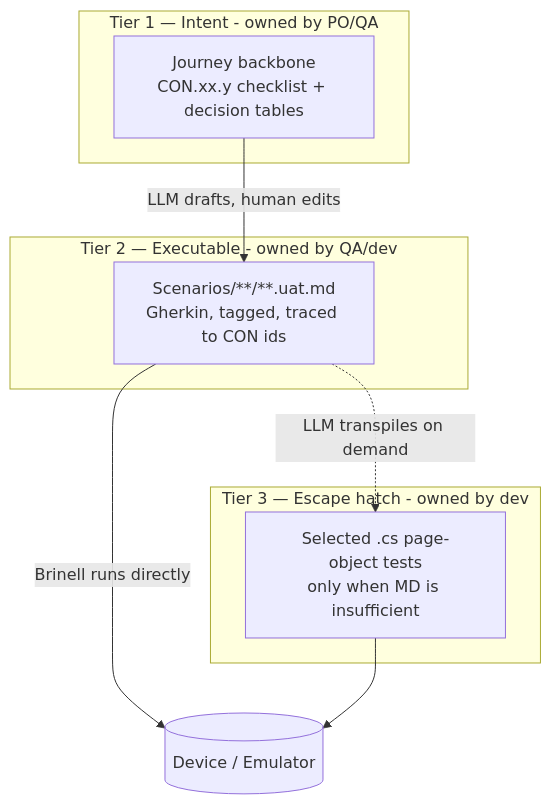
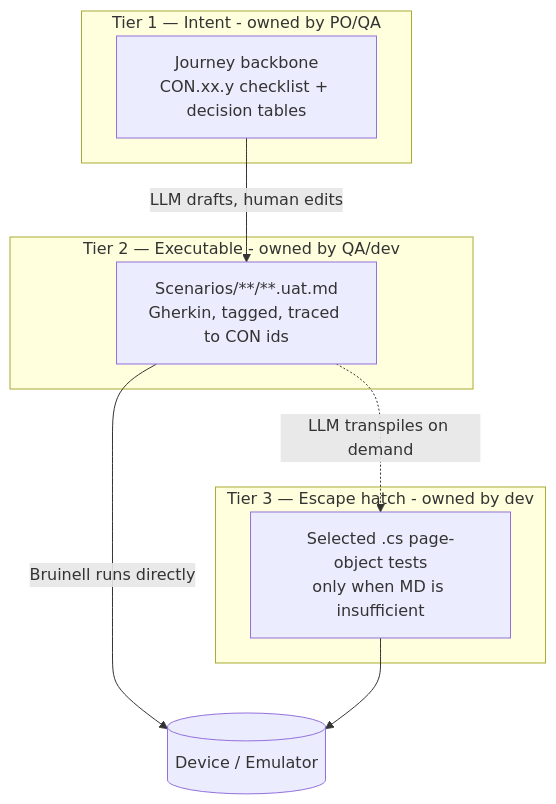
The second of 2 diagrams in .my/uat/rethinking-uat.md (jonkeda/Brinell), drawn with Mermaid before and after one commit. The commit also changed other lines of this file and 4800 other files, not shown here.

Commit message:
Brinell is now Bruinell: every project, folder, file, namespace, command, MCP server and variable (Brinell, brinell, BRINELL to Bruinell, bruinell, BRUINELL); the jonkeda mirror is jonkeda/bruinell

````diff
--- a/.my/uat/rethinking-uat.md
+++ b/.my/uat/rethinking-uat.md
@@ -167,16 +167,16 @@
 ```mermaid
 flowchart TD
     subgraph T1[Tier 1 — Intent - owned by PO/QA]
         J[Journey backbone\nCON.xx.y checklist + decision tables]
     end
     subgraph T2[Tier 2 — Executable - owned by QA/dev]
         G[Scenarios/**/**.uat.md\nGherkin, tagged, traced to CON ids]
     end
     subgraph T3[Tier 3 — Escape hatch - owned by dev]
         C[Selected .cs page-object tests\nonly when MD is insufficient]
     end
     J -->|LLM drafts, human edits| G
-    G -->|Brinell runs directly| DEV[(Device / Emulator)]
+    G -->|Bruinell runs directly| DEV[(Device / Emulator)]
     G -.->|LLM transpiles on demand| C
     C --> DEV
 ```
````
